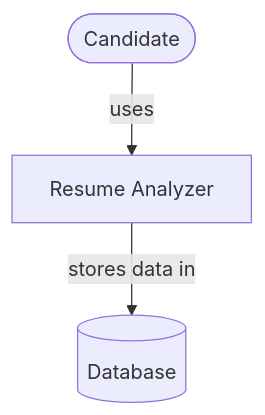
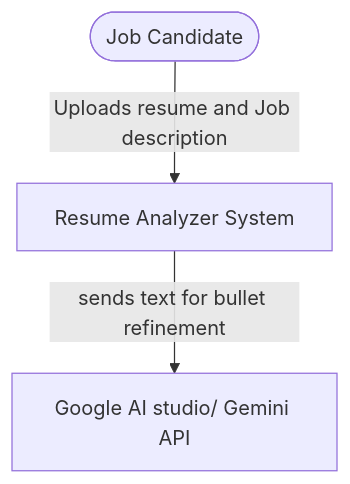
One commit to kummarimonisha/cen5064-project-kummari changed the first of 4 diagrams in README.md. Above: the diagram before and after it, drawn with Mermaid. The commit also changed other lines of this file, not shown here.

First line of the commit message:
Revise architecture diagrams and class structure in README

````diff
--- a/README.md
+++ b/README.md
@@ -49,6 +49,6 @@
 ```mermaid
 %% Replace this placeholder with YOUR system's context diagram.
 flowchart TB
-    user([Candidate]) -->|uses| system[Resume Analyzer]
-    system -->|stores data in| db[(Database)]
+    user([Job Candidate]) -->|Uploads resume and Job description| system[Resume Analyzer System]
+    system -->|sends text for bullet refinement| gemini[Google AI studio/ Gemini API]
 ```
````
